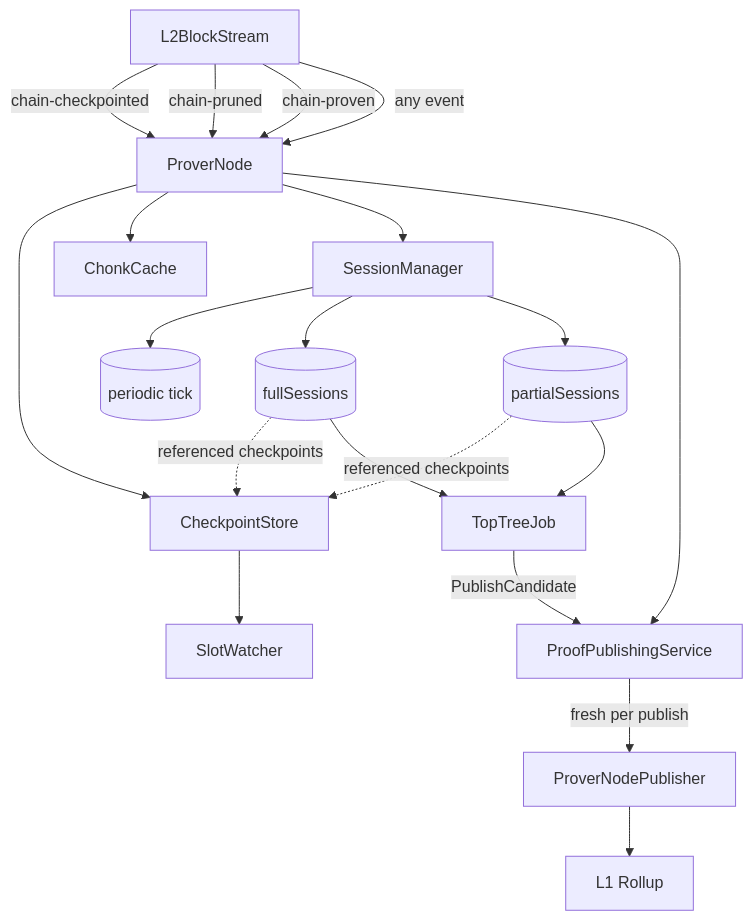
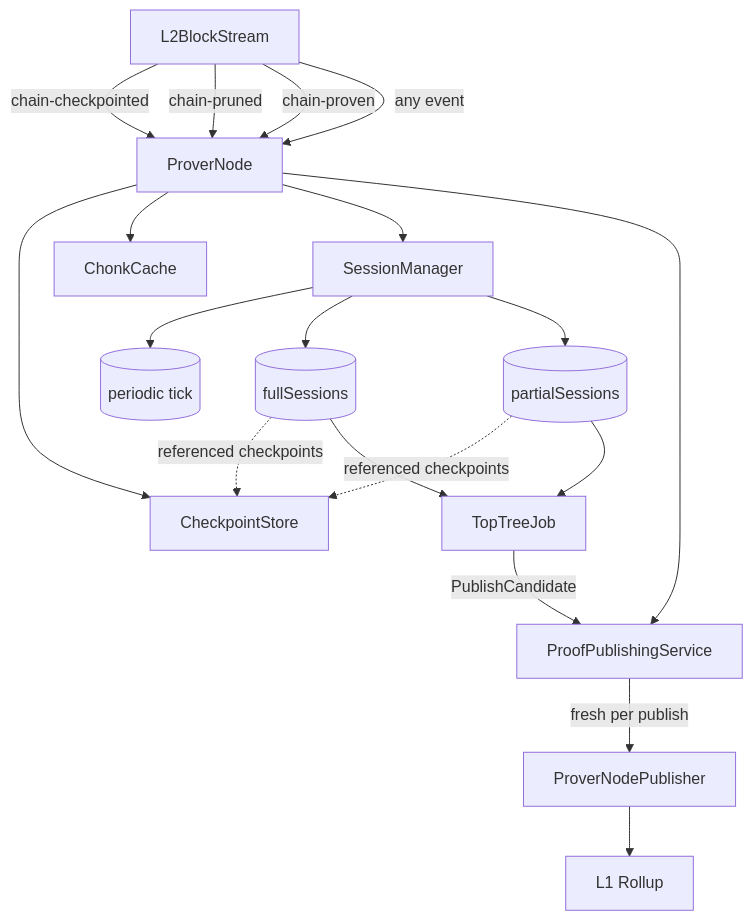
Before and after one commit to aztec-labs-eng/aztec-node: the first of 7 diagrams in yarn-project/prover-node/README.md, drawn with Mermaid. The commit also changed other lines of this file and 11 other files, not shown here.

````diff
--- a/yarn-project/prover-node/README.md
+++ b/yarn-project/prover-node/README.md
@@ -25,22 +25,21 @@
 ```mermaid
 flowchart TB
   L2BlockStream -->|chain-checkpointed| ProverNode
   L2BlockStream -->|chain-pruned| ProverNode
   L2BlockStream -->|chain-proven| ProverNode
   L2BlockStream -->|any event| ProverNode
   ProverNode --> CheckpointStore
   ProverNode --> ChonkCache
   ProverNode --> SessionManager
   ProverNode --> ProofPublishingService
   SessionManager --> EpochTicker[(periodic tick)]
   SessionManager --> FullSessions[(fullSessions)]
   SessionManager --> PartialSessions[(partialSessions)]
-  CheckpointStore --> SlotWatcher
   FullSessions -.referenced checkpoints.-> CheckpointStore
   PartialSessions -.referenced checkpoints.-> CheckpointStore
   FullSessions --> TopTreeJob
   PartialSessions --> TopTreeJob
   TopTreeJob -->|PublishCandidate| ProofPublishingService
   ProofPublishingService -->|fresh per publish| ProverNodePublisher
   ProverNodePublisher --> L1[L1 Rollup]
 ```
````
